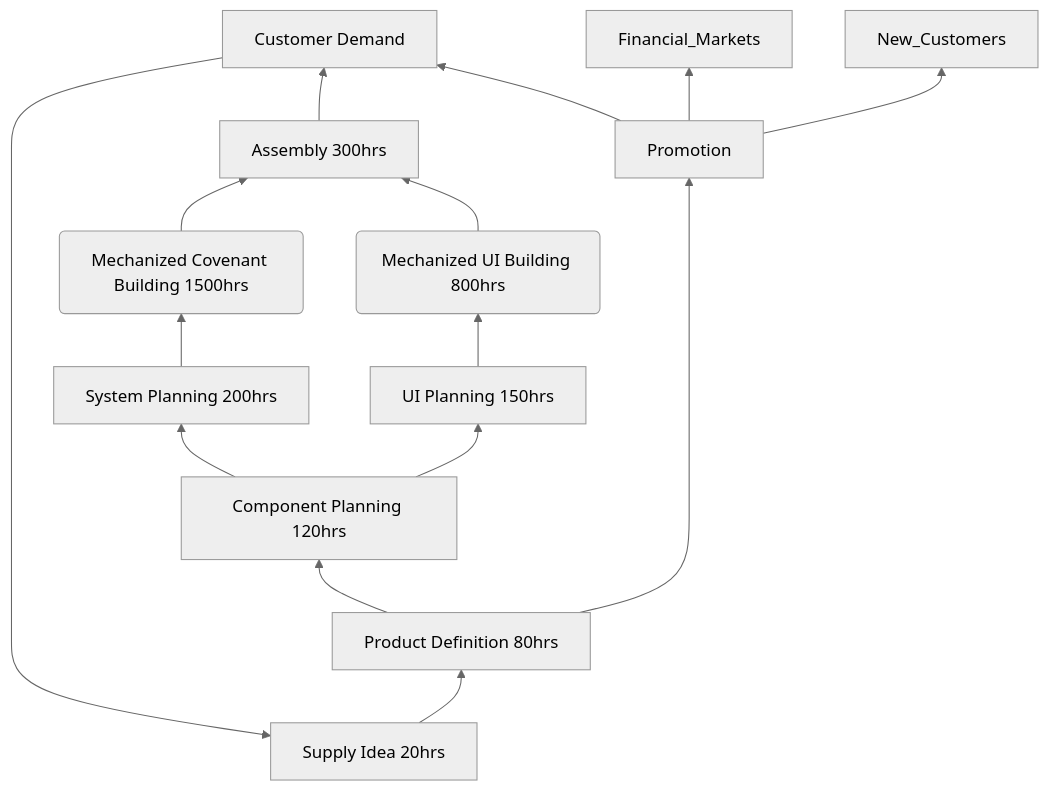
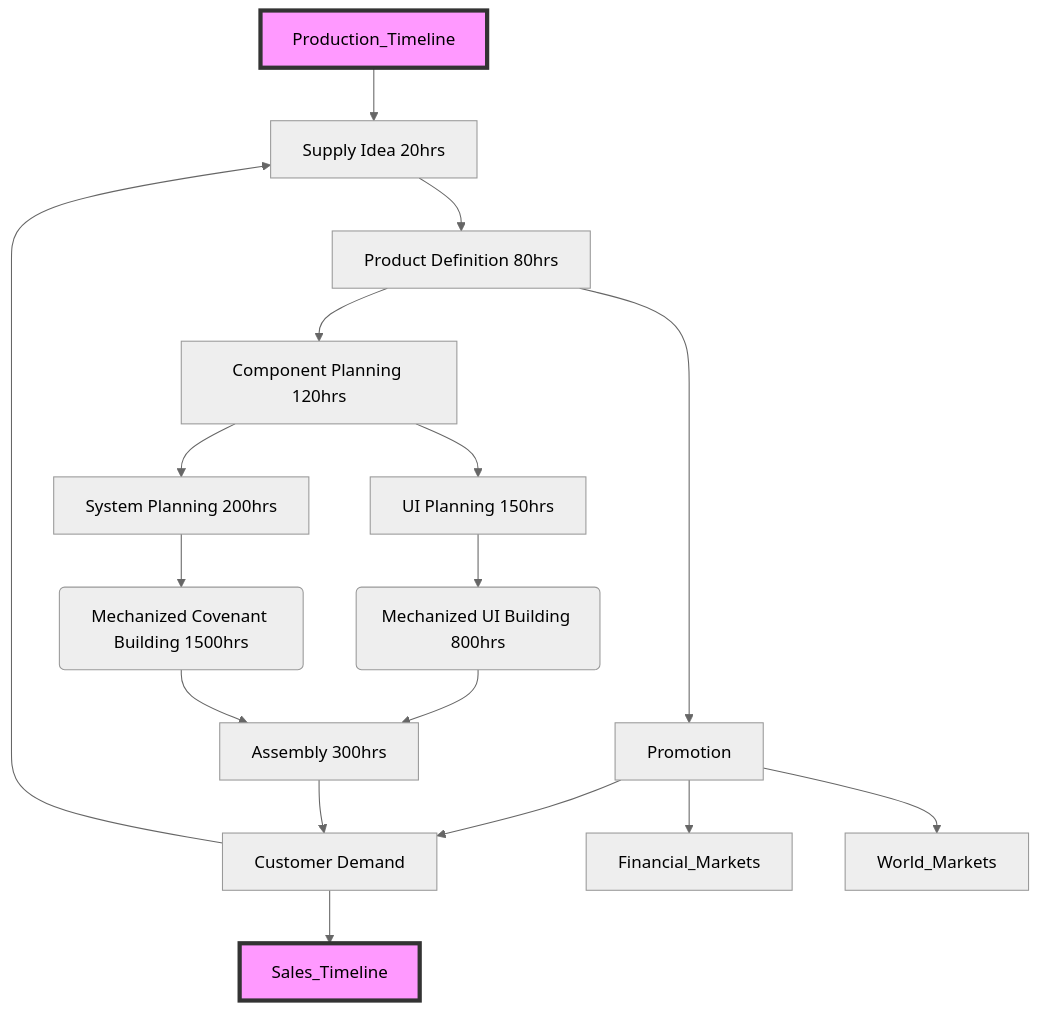
The diagram in _software-defined-org/Work_Pipeline.md (furiousOyster/software-defined-org), drawn with Mermaid (neutral theme) before and after one commit. The commit also changed 8 other files, not shown here.

````diff
--- a/_software-defined-org/Work_Pipeline.md
+++ b/_software-defined-org/Work_Pipeline.md
@@ -1,17 +1,23 @@
 ```mermaid
-graph BT
+
+graph TB
+Production_Timeline --> Idea
 Idea --> Product_Definition[Product Definition 80hrs]
 Promotion --> Customers
 Promotion --> Financial_Markets
-Promotion --> New_Customers
+Promotion --> World_Markets
 Product_Definition --> Component_planning[Component Planning 120hrs]
 Product_Definition --> Promotion
 Component_planning --> UI_planning[UI Planning 150hrs]
 Component_planning --> System_planning[System Planning 200hrs]
 System_planning --> CaaS(Mechanized Covenant Building 1500hrs)
 UI_planning --> UaaS(Mechanized UI Building 800hrs)
 UaaS --> Assembly[Assembly 300hrs]
 CaaS --> Assembly
 Assembly --> Customers
 Customers[Customer Demand] --> Idea[Supply Idea 20hrs]
+Customers --> Sales_Timeline
+
+style Production_Timeline fill:#f9f,stroke:#333,stroke-width:4px
+style Sales_Timeline fill:#f9f,stroke:#333,stroke-width:4px
 ```
````
